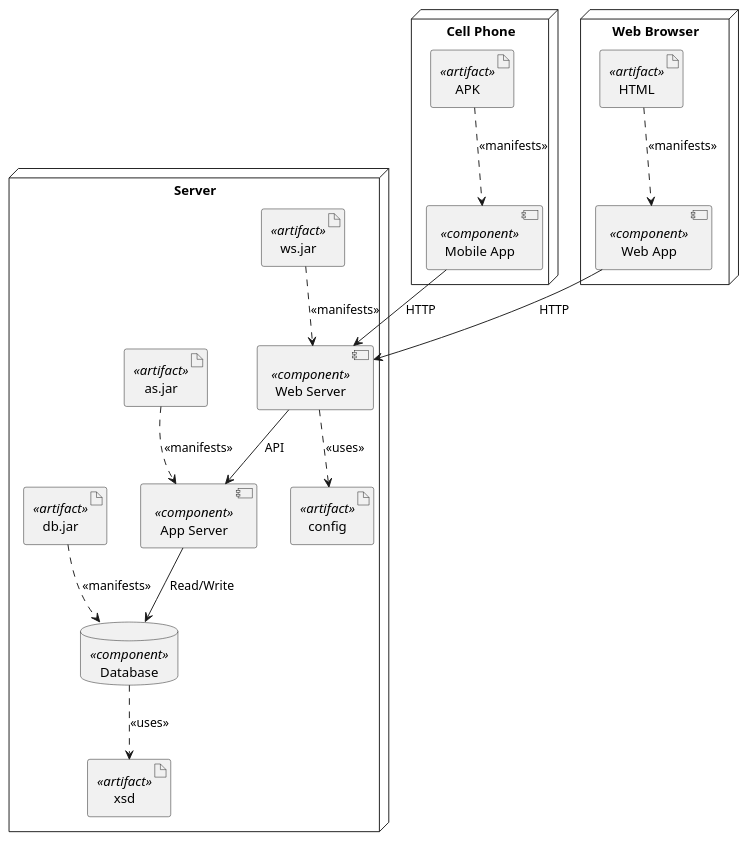
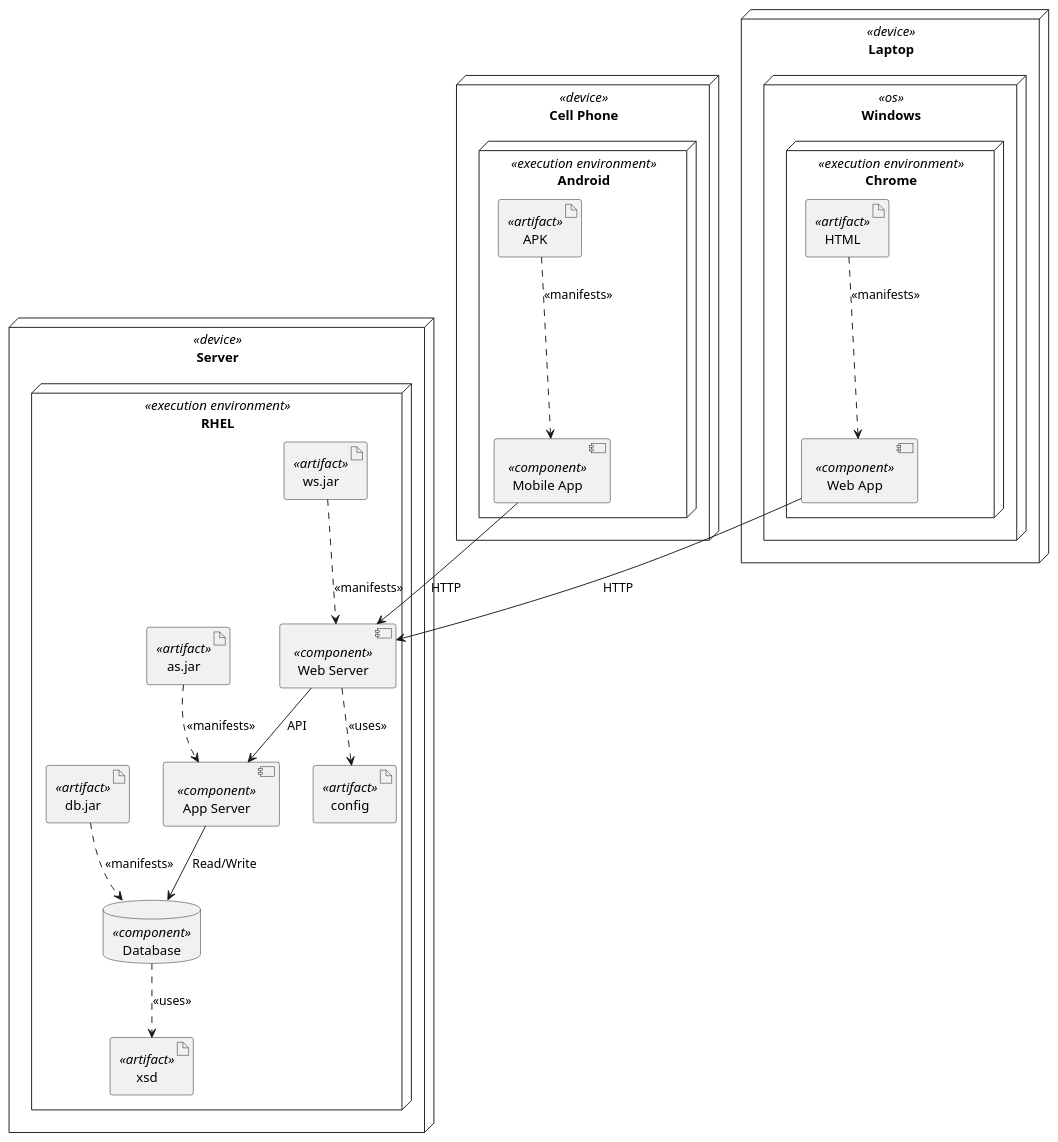
Before and after one commit to henrikarro/coursera-software-architecture: the diagram in module-1/SharingApp-c3-codebase/diagrams/deployment-diagram.puml, drawn with PlantUML.

Commit message:
Updated deployment-diagram.puml (forgot to save yesterday)

```diff
--- a/module-1/SharingApp-c3-codebase/diagrams/deployment-diagram.puml
+++ b/module-1/SharingApp-c3-codebase/diagrams/deployment-diagram.puml
@@ -1,31 +1,39 @@
 @startuml
-node Server {
-  artifact "ws.jar" <<artifact>>
-  artifact config <<artifact>>
-  component "Web Server" <<component>>
-  "ws.jar" ..> "Web Server" : <<manifests>>
-  "Web Server" ..> config : <<uses>>
-  artifact "as.jar" <<artifact>>
-  component "App Server" <<component>>
-  "as.jar" ..> "App Server" : <<manifests>>
-  artifact "db.jar" <<artifact>>
-  artifact xsd <<artifact>>
-  database "Database" <<component>>
-  "db.jar" ..> "Database" : <<manifests>>
-  Database ..> xsd : <<uses>>
+node "Server" <<device>> {
+    node RHEL <<execution environment>> {
+        artifact "ws.jar" <<artifact>>
+        artifact config <<artifact>>
+        component "Web Server" <<component>>
+        "ws.jar" ..> "Web Server" : <<manifests>>
+        "Web Server" ..> config : <<uses>>
+        artifact "as.jar" <<artifact>>
+        component "App Server" <<component>>
+        "as.jar" ..> "App Server" : <<manifests>>
+        artifact "db.jar" <<artifact>>
+        artifact xsd <<artifact>>
+        database "Database" <<component>>
+        "db.jar" ..> "Database" : <<manifests>>
+        Database ..> xsd : <<uses>>
+    }
 }
-node "Cell Phone" {
-  artifact APK <<artifact>>
-  component "Mobile App" <<component>>
-  APK ..> "Mobile App" : <<manifests>>
+node "Cell Phone" <<device>> {
+    node Android <<execution environment>> {
+        artifact APK <<artifact>>
+        component "Mobile App" <<component>>
+        APK ..> "Mobile App" : <<manifests>>
+    }
 }
-node "Web Browser" {
-  artifact HTML <<artifact>>
-  component "Web App" <<component>>
-  HTML ..> "Web App" : <<manifests>>
+node "Laptop" <<device>> {
+    node Windows <<os>> {
+        node Chrome <<execution environment>> {
+            artifact HTML <<artifact>>
+            component "Web App" <<component>>
+            HTML ..> "Web App" : <<manifests>>
+        }
+    }
 }
 "Mobile App" --> "Web Server" : HTTP
 "Web App" --> "Web Server" : HTTP
 "Web Server" --> "App Server" : API
 "App Server" --> "Database" : "Read/Write"
 @enduml
```
